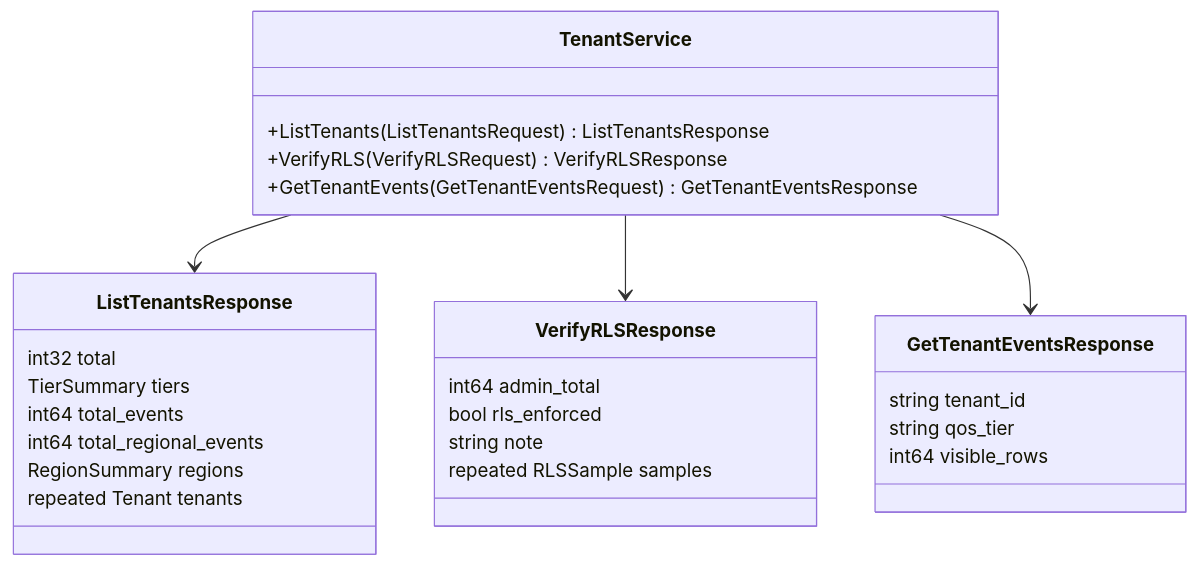
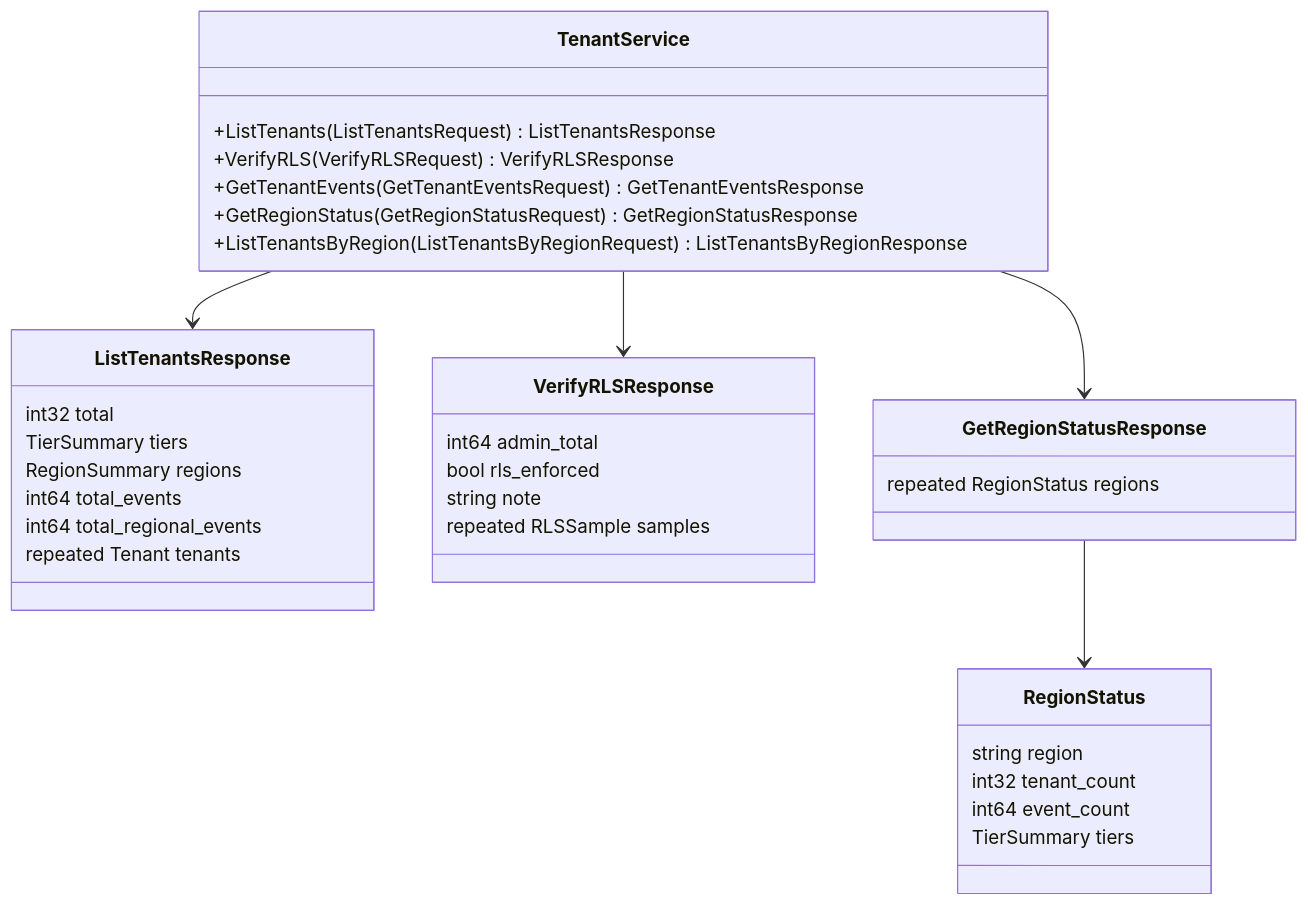
Before and after one commit to joshdurbin/cockroach_testing: the seventh of 7 diagrams in README.md, drawn with Mermaid. The commit also changed other lines of this file and 12 other files, not shown here.

````diff
--- a/README.md
+++ b/README.md
@@ -374,30 +471,37 @@
 ```mermaid
 classDiagram
     class TenantService {
         +ListTenants(ListTenantsRequest) ListTenantsResponse
         +VerifyRLS(VerifyRLSRequest) VerifyRLSResponse
         +GetTenantEvents(GetTenantEventsRequest) GetTenantEventsResponse
+        +GetRegionStatus(GetRegionStatusRequest) GetRegionStatusResponse
+        +ListTenantsByRegion(ListTenantsByRegionRequest) ListTenantsByRegionResponse
     }
     class ListTenantsResponse {
         int32 total
         TierSummary tiers
+        RegionSummary regions
         int64 total_events
         int64 total_regional_events
-        RegionSummary regions
         repeated Tenant tenants
     }
     class VerifyRLSResponse {
         int64 admin_total
         bool rls_enforced
         string note
         repeated RLSSample samples
     }
-    class GetTenantEventsResponse {
-        string tenant_id
-        string qos_tier
-        int64 visible_rows
+    class GetRegionStatusResponse {
+        repeated RegionStatus regions
+    }
+    class RegionStatus {
+        string region
+        int32 tenant_count
+        int64 event_count
+        TierSummary tiers
     }
     TenantService --> ListTenantsResponse
     TenantService --> VerifyRLSResponse
-    TenantService --> GetTenantEventsResponse
+    TenantService --> GetRegionStatusResponse
+    GetRegionStatusResponse --> RegionStatus
 ```
````
